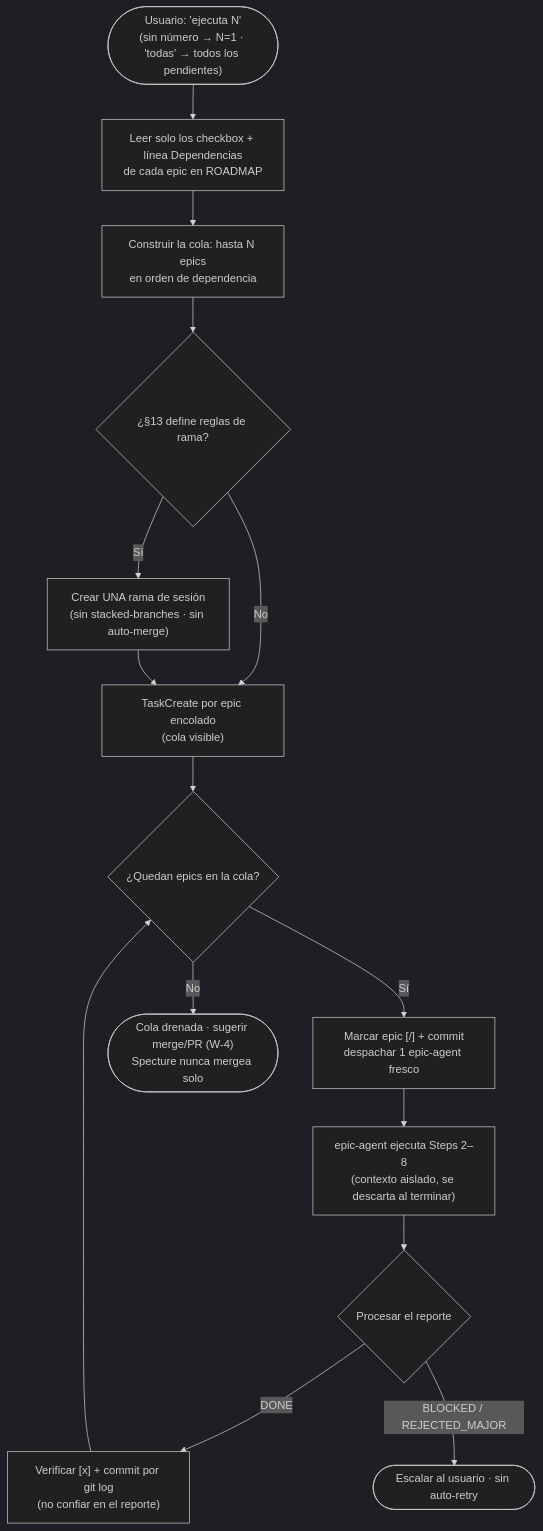
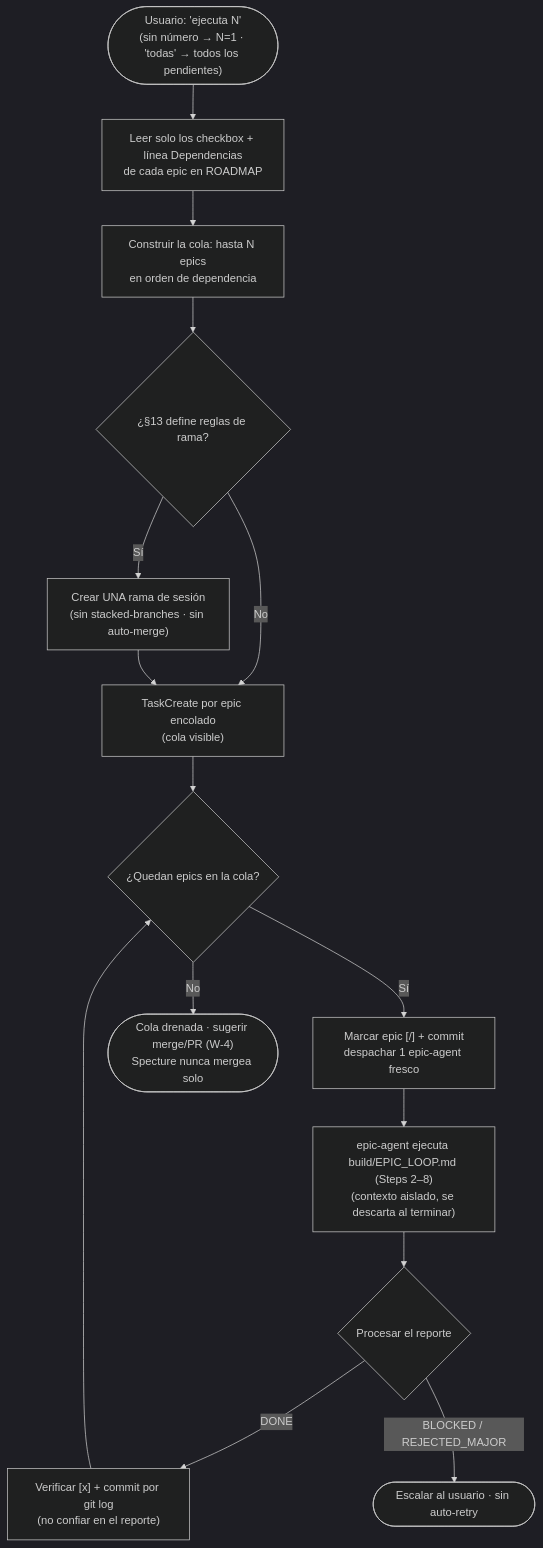
Before and after one commit to FerEscobarDev/Specture: the fourth of 19 diagrams in docs/execution-flows.md, drawn with Mermaid (dark theme). The commit also changed other lines of this file and 9 other files, not shown here.

````diff
--- a/docs/execution-flows.md
+++ b/docs/execution-flows.md
@@ -140,17 +140,17 @@
 ```mermaid
 flowchart TD
     A(["Usuario: 'ejecuta N'<br/>(sin número → N=1 · 'todas' → todos los pendientes)"]) --> B["Leer solo los checkbox + línea Dependencias<br/>de cada epic en ROADMAP"]
     B --> C["Construir la cola: hasta N epics<br/>en orden de dependencia"]
     C --> Br{"¿§13 define reglas de rama?"}
     Br -->|Sí| Br2["Crear UNA rama de sesión<br/>(sin stacked-branches · sin auto-merge)"]
     Br -->|No| D["TaskCreate por epic encolado<br/>(cola visible)"]
     Br2 --> D
     D --> L{"¿Quedan epics en la cola?"}
     L -->|Sí| E["Marcar epic [/] + commit<br/>despachar 1 epic-agent fresco"]
-    E --> F["epic-agent ejecuta Steps 2–8<br/>(contexto aislado, se descarta al terminar)"]
+    E --> F["epic-agent ejecuta build/EPIC_LOOP.md (Steps 2–8)<br/>(contexto aislado, se descarta al terminar)"]
     F --> G{"Procesar el reporte"}
     G -->|DONE| H["Verificar [x] + commit por git log<br/>(no confiar en el reporte)"]
     G -->|"BLOCKED / REJECTED_MAJOR"| ESC(["Escalar al usuario · sin auto-retry"])
     H --> L
     L -->|No| FIN(["Cola drenada · sugerir merge/PR (W-4)<br/>Specture nunca mergea solo"])
 ```
````
